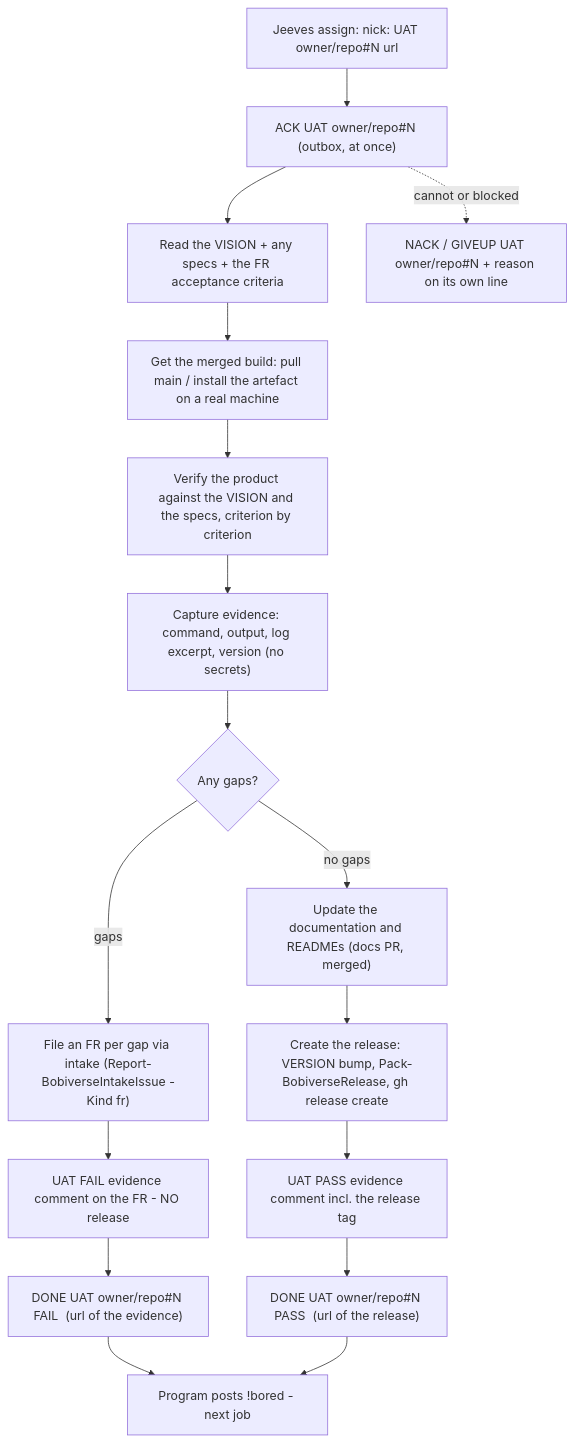
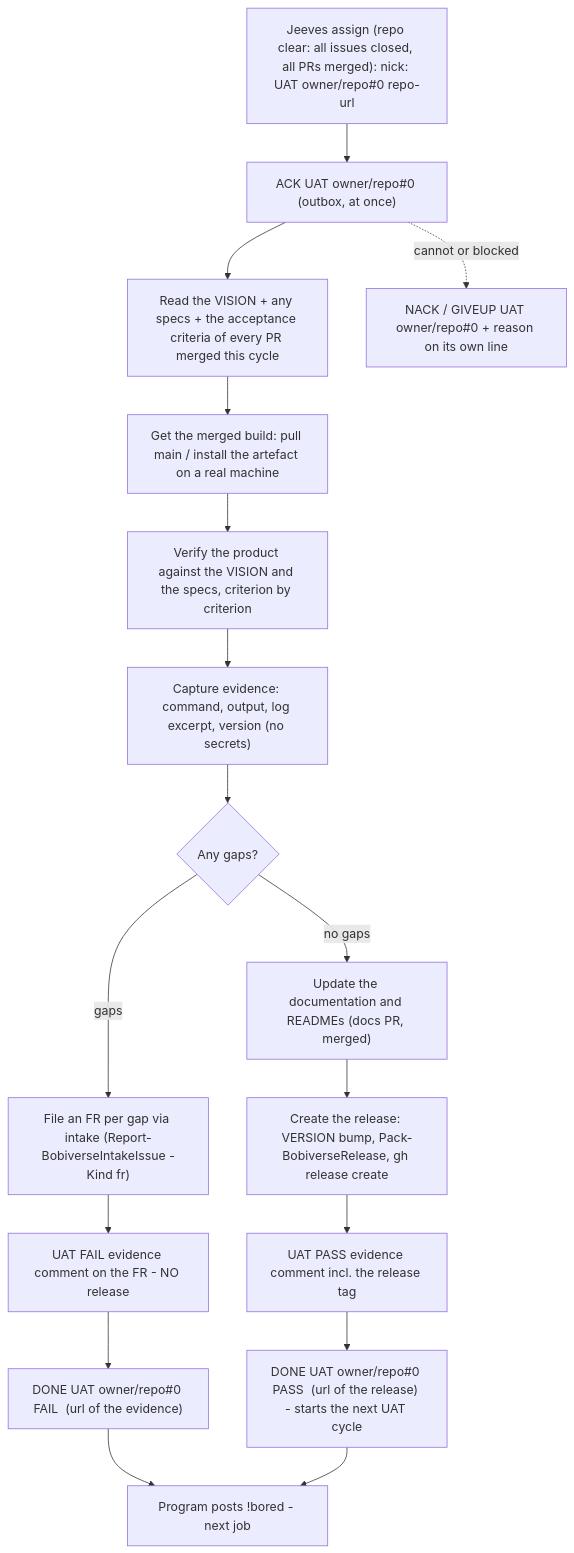
Before and after one commit to SimonBarnett/bobiverse: the diagram in bob/.grok/skills/bobiverse-bob-job-uat/SKILL.md, drawn with Mermaid. The commit also changed other lines of this file and 15 other files, not shown here.

Commit message:
feat(chair): UAT is per REPO - one repo-level UAT row once all issues closed and all PRs merged; no per-PR UAT; docs + skills (t853u)

````diff
--- a/bob/.grok/skills/bobiverse-bob-job-uat/SKILL.md
+++ b/bob/.grok/skills/bobiverse-bob-job-uat/SKILL.md
@@ -25,19 +25,19 @@
 ```mermaid
 flowchart TD
-  A["Jeeves assign: nick: UAT owner/repo#N url"] --> B["ACK UAT owner/repo#N (outbox, at once)"]
-  B --> C["Read the VISION + any specs + the FR acceptance criteria"]
+  A["Jeeves assign (repo clear: all issues closed, all PRs merged): nick: UAT owner/repo#0 repo-url"] --> B["ACK UAT owner/repo#0 (outbox, at once)"]
+  B --> C["Read the VISION + any specs + the acceptance criteria of every PR merged this cycle"]
   C --> D["Get the merged build: pull main / install the artefact on a real machine"]
   D --> E["Verify the product against the VISION and the specs, criterion by criterion"]
   E --> F["Capture evidence: command, output, log excerpt, version (no secrets)"]
   F --> G{"Any gaps?"}
   G -->|"gaps"| H["File an FR per gap via intake (Report-BobiverseIntakeIssue -Kind fr)"]
   H --> I["UAT FAIL evidence comment on the FR - NO release"]
-  I --> J["DONE UAT owner/repo#N FAIL  (url of the evidence)"]
+  I --> J["DONE UAT owner/repo#0 FAIL  (url of the evidence)"]
   G -->|"no gaps"| K["Update the documentation and READMEs (docs PR, merged)"]
   K --> L["Create the release: VERSION bump, Pack-BobiverseRelease, gh release create"]
   L --> M["UAT PASS evidence comment incl. the release tag"]
-  M --> N["DONE UAT owner/repo#N PASS  (url of the release)"]
+  M --> N["DONE UAT owner/repo#0 PASS  (url of the release) - starts the next UAT cycle"]
   J --> O["Program posts !bored - next job"]
   N --> O
-  B -. cannot or blocked .-> X["NACK / GIVEUP UAT owner/repo#N + reason on its own line"]
+  B -. cannot or blocked .-> X["NACK / GIVEUP UAT owner/repo#0 + reason on its own line"]
 ```
````
